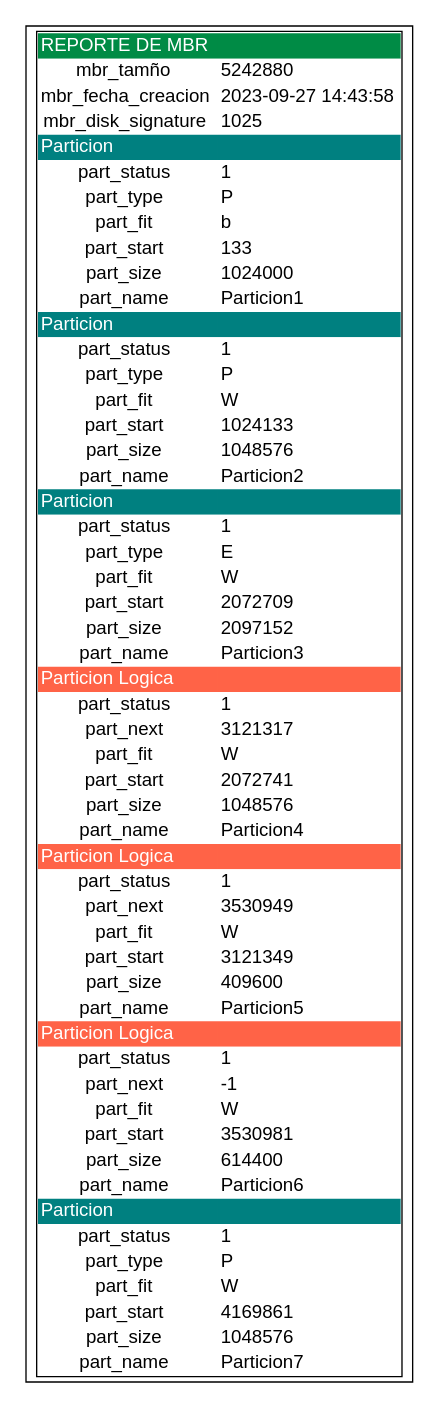
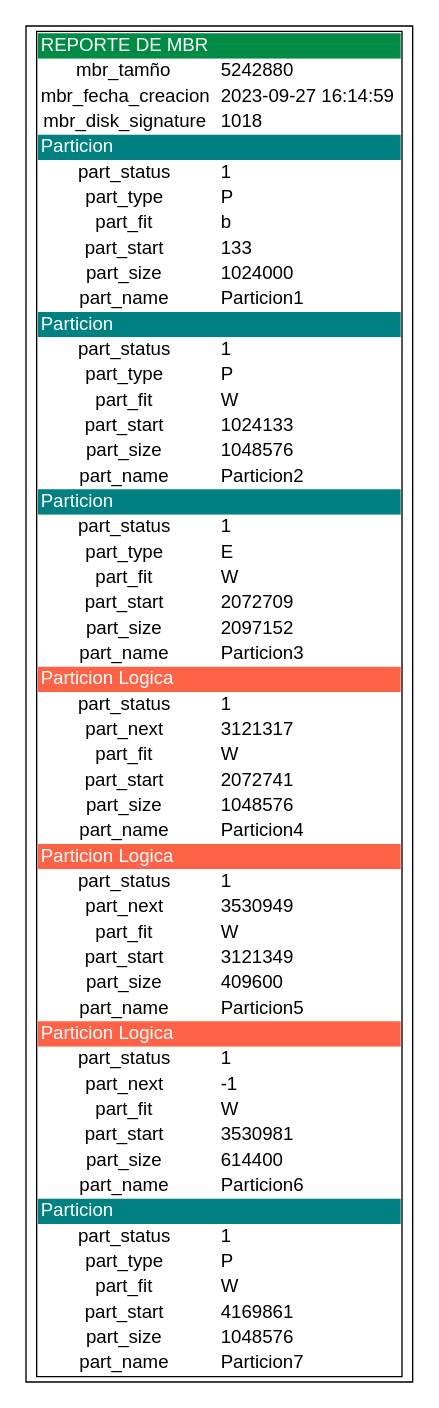
The diagram in backend/reportes/reporte_mbr.dot (luis-tavico/MIA_2SP2_202000562), drawn with Graphviz before and after one commit. The commit also changed 11 other files, not shown here.

```diff
--- a/backend/reportes/reporte_mbr.dot
+++ b/backend/reportes/reporte_mbr.dot
@@ -12,11 +12,11 @@
         </tr>
         <tr>
             <td bgcolor="white" align="center"> mbr_fecha_creacion </td>
-            <td bgcolor="white" align="left"> 2023-09-27 14:43:58 </td>
+            <td bgcolor="white" align="left"> 2023-09-27 16:14:59 </td>
         </tr>
         <tr>
             <td bgcolor="white" align="center"> mbr_disk_signature </td>
-            <td bgcolor="white" align="left"> 1025 </td>
+            <td bgcolor="white" align="left"> 1018 </td>
         </tr>
         <tr>
             <td bgcolor="teal" align="left"><font color="white"> Particion </font></td>
```
